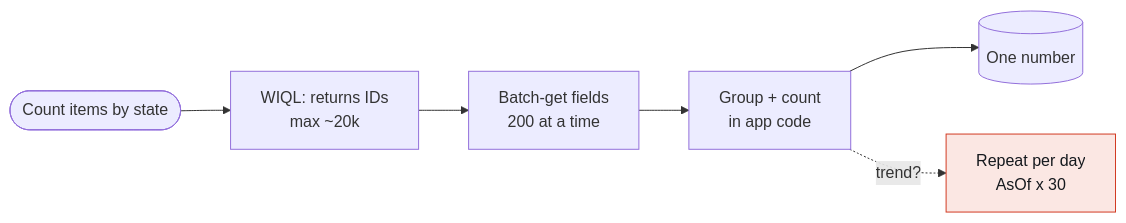
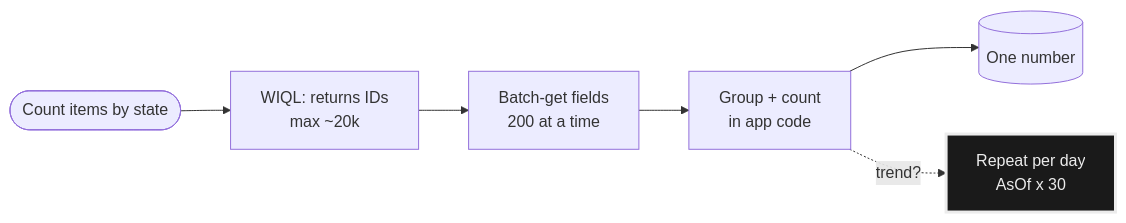
Before and after one commit to jpaladini/jpaladini: the first of 3 diagrams in src/content/blog/ado-analytics-odata.md, drawn with Mermaid. The commit also changed other lines of this file and 7 other files, not shown here.

First line of the commit message:
Fix diagram error, grey diagram palette, home diagram scroll, service dates

````diff
--- a/src/content/blog/ado-analytics-odata.md
+++ b/src/content/blog/ado-analytics-odata.md
@@ -67,10 +67,10 @@
 ```mermaid
 flowchart LR
   Q([Count items by state]) --> W[WIQL: returns IDs<br/>max ~20k]
   W --> B[Batch-get fields<br/>200 at a time]
   B --> C[Group + count<br/>in app code]
   C --> N[(One number)]
   C -. trend? .-> D[Repeat per day<br/>AsOf x 30]
-  classDef bad fill:#FBE7E3,stroke:#D23B23,color:#15191E;
+  classDef bad fill:#1a1a1a,stroke:#ececec,color:#ececec,stroke-width:3px;
   class D bad;
 ```
````
